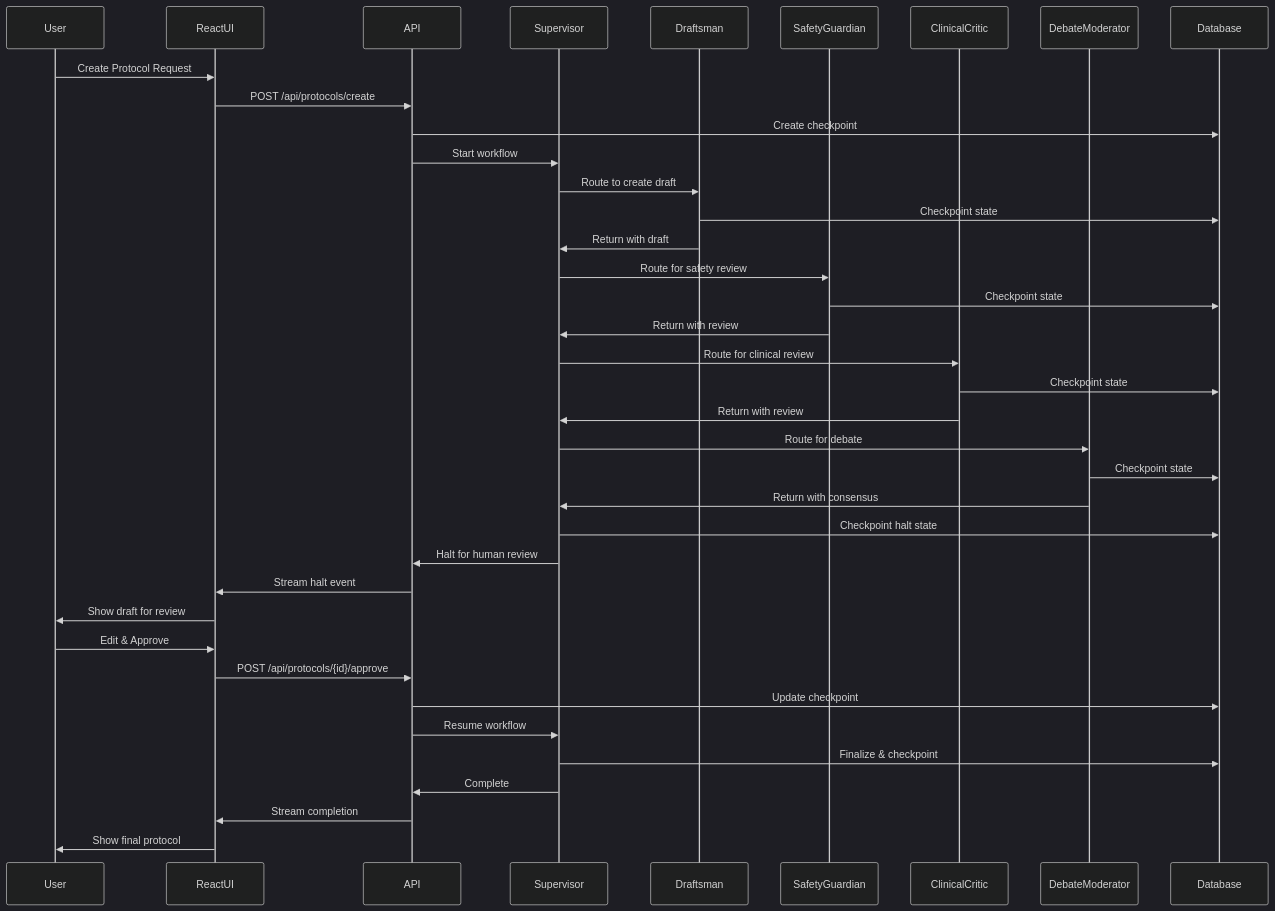
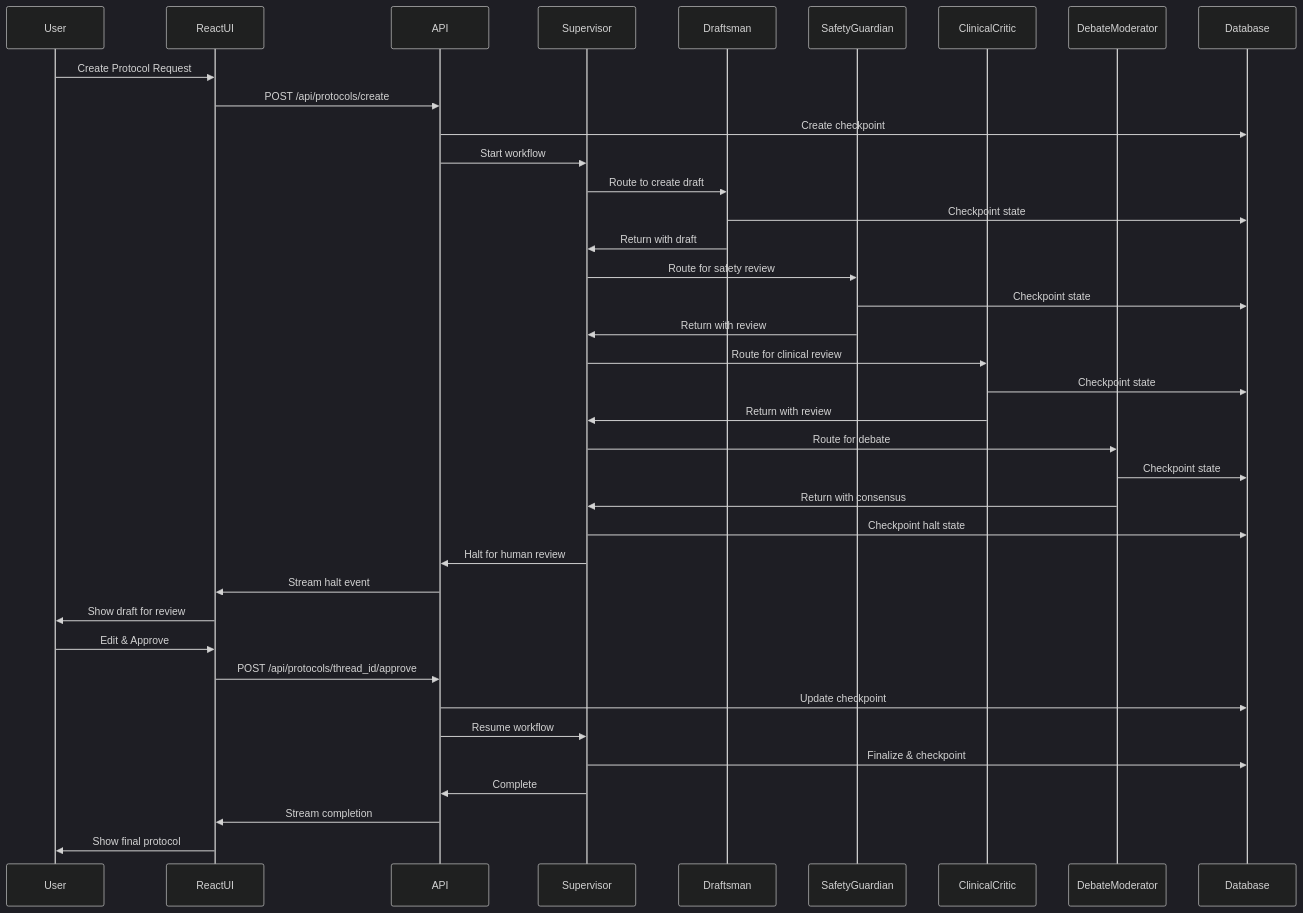
Before and after one commit to Kira714/agentic-architect-sprint: the third of 4 diagrams in MERMAID_ARCHITECTURE_DIAGRAM.md, drawn with Mermaid (dark theme). The commit also changed other lines of this file and 1 other file, not shown here.

Commit message:
Architecture Update

````diff
--- a/MERMAID_ARCHITECTURE_DIAGRAM.md
+++ b/MERMAID_ARCHITECTURE_DIAGRAM.md
@@ -101,47 +101,47 @@
 ```mermaid
 sequenceDiagram
     participant User
     participant ReactUI
     participant API
     participant Supervisor
     participant Draftsman
     participant SafetyGuardian
     participant ClinicalCritic
     participant DebateModerator
     participant Database
     
     User->>ReactUI: Create Protocol Request
     ReactUI->>API: POST /api/protocols/create
     API->>Database: Create checkpoint
     API->>Supervisor: Start workflow
     
     Supervisor->>Draftsman: Route to create draft
     Draftsman->>Database: Checkpoint state
     Draftsman->>Supervisor: Return with draft
     
     Supervisor->>SafetyGuardian: Route for safety review
     SafetyGuardian->>Database: Checkpoint state
     SafetyGuardian->>Supervisor: Return with review
     
     Supervisor->>ClinicalCritic: Route for clinical review
     ClinicalCritic->>Database: Checkpoint state
     ClinicalCritic->>Supervisor: Return with review
     
     Supervisor->>DebateModerator: Route for debate
     DebateModerator->>Database: Checkpoint state
     DebateModerator->>Supervisor: Return with consensus
     
     Supervisor->>Database: Checkpoint halt state
     Supervisor->>API: Halt for human review
     API->>ReactUI: Stream halt event
     ReactUI->>User: Show draft for review
     
     User->>ReactUI: Edit & Approve
-    ReactUI->>API: POST /api/protocols/{id}/approve
+    ReactUI->>API: POST /api/protocols/thread_id/approve
     API->>Database: Update checkpoint
     API->>Supervisor: Resume workflow
     Supervisor->>Database: Finalize & checkpoint
     Supervisor->>API: Complete
     API->>ReactUI: Stream completion
     ReactUI->>User: Show final protocol
 ```
````
